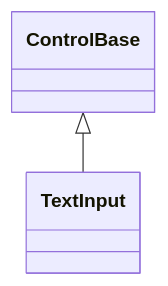
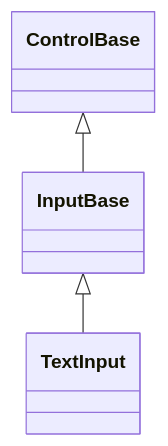
The diagram in docs/controls/input/text-input.md (pavkam/sharp-vision), drawn with Mermaid before and after one commit. The commit also changed other lines of this file and 23 other files, not shown here.

First line of the commit message:
feat(input): unify text and numeric editing behavior

````diff
--- a/docs/controls/input/text-input.md
+++ b/docs/controls/input/text-input.md
@@ -14,4 +14,5 @@
 ```mermaid
 classDiagram
-    ControlBase <|-- TextInput
+    ControlBase <|-- InputBase
+    InputBase <|-- TextInput
 ```
````
